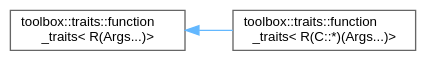
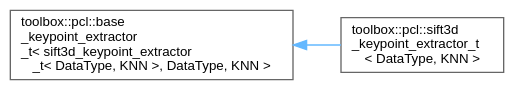
Before and after one commit to nerdneilsfield/cpp-toolbox: the diagram in inherit_graph_48.dot, drawn with Graphviz. The commit also changed 588 other files, not shown here.

```diff
--- a/inherit_graph_48.dot
+++ b/inherit_graph_48.dot
@@ -1,11 +1,11 @@
 digraph "Graphical Class Hierarchy"
 {
  // LATEX_PDF_SIZE
   bgcolor="transparent";
   edge [fontname=Helvetica,fontsize=10,labelfontname=Helvetica,labelfontsize=10];
   node [fontname=Helvetica,fontsize=10,shape=box,height=0.2,width=0.4];
   rankdir="LR";
-  Node0 [id="Node000000",label="toolbox::traits::function\l_traits\< R(Args...)\>",height=0.2,width=0.4,color="grey40", fillcolor="white", style="filled",URL="$structtoolbox_1_1traits_1_1function__traits_3_01_r_07_args_8_8_8_08_4.html",tooltip="普通函数的函数特征/Function traits for regular functions"];
-  Node0 -> Node1 [id="edge42_Node000000_Node000001",dir="back",color="steelblue1",style="solid",tooltip=" "];
-  Node1 [id="Node000001",label="toolbox::traits::function\l_traits\< R(C::*)(Args...)\>",height=0.2,width=0.4,color="grey40", fillcolor="white", style="filled",URL="$structtoolbox_1_1traits_1_1function__traits_3_01_r_07_c_1_1_5_08_07_args_8_8_8_08_4.html",tooltip="成员函数的函数特征/Function traits for member functions"];
+  Node0 [id="Node000000",label="toolbox::pcl::base\l_keypoint_extractor\l_t\< sift3d_keypoint_extractor\l_t\< DataType, KNN \>, DataType, KNN \>",height=0.2,width=0.4,color="grey40", fillcolor="white", style="filled",URL="$classtoolbox_1_1pcl_1_1base__keypoint__extractor__t.html",tooltip=" "];
+  Node0 -> Node1 [id="edge46_Node000000_Node000001",dir="back",color="steelblue1",style="solid",tooltip=" "];
+  Node1 [id="Node000001",label="toolbox::pcl::sift3d\l_keypoint_extractor_t\l\< DataType, KNN \>",height=0.2,width=0.4,color="grey40", fillcolor="white", style="filled",URL="$classtoolbox_1_1pcl_1_1sift3d__keypoint__extractor__t.html",tooltip="SIFT 3D (Scale-Invariant Feature Transform) 关键点提取器 / SIFT 3D (Scale-Invariant Feature Transform) keyp..."];
 }
```
